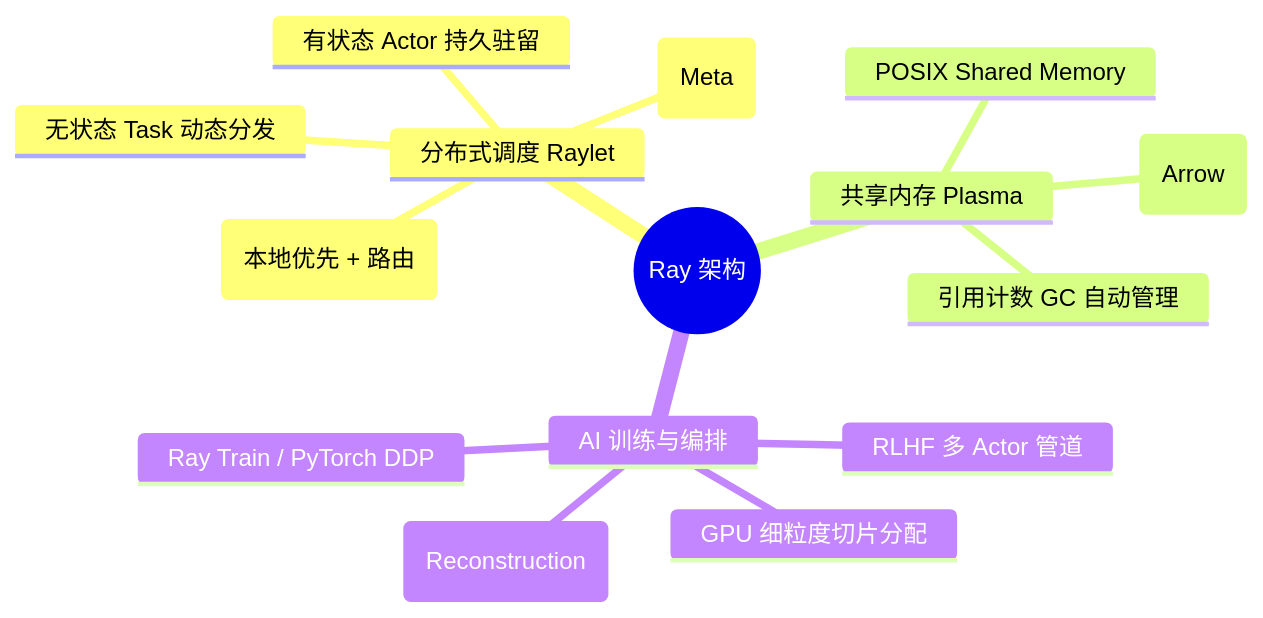
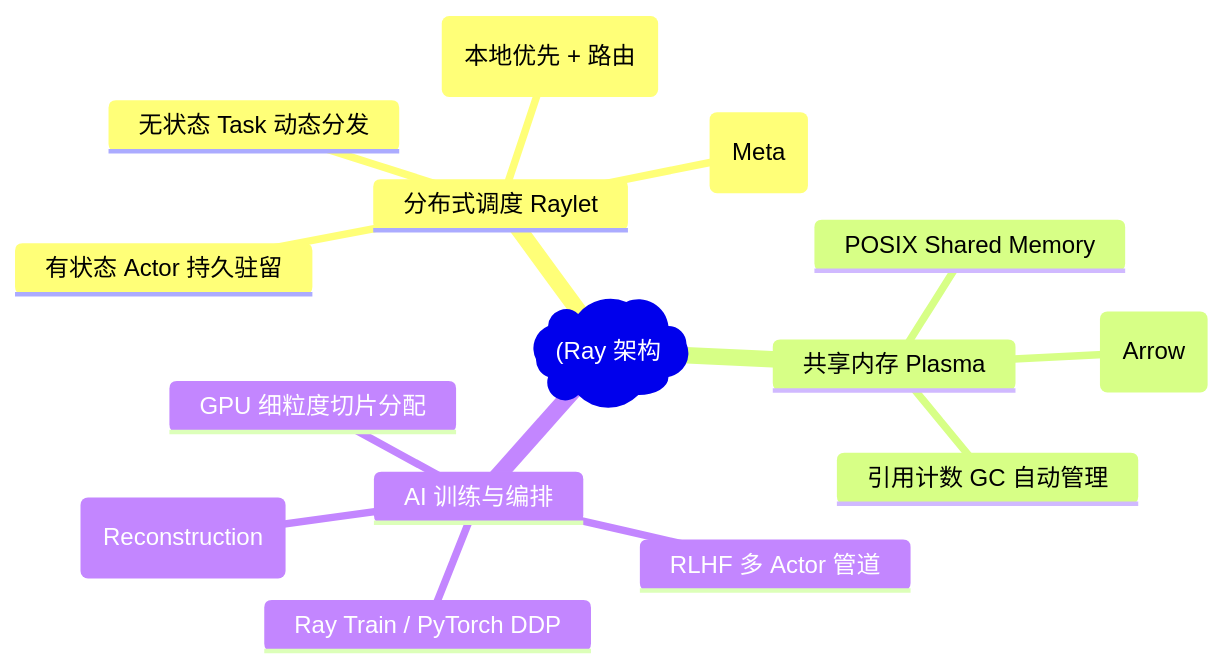
One commit to koosai/AI-Architect-Learning changed the first of 6 diagrams in docs/atlas/ray.mdx. Above: the diagram before and after it, drawn with Mermaid. The commit also changed 187 other files, not shown here.

Commit message:
fix(mermaid): fix all unquoted parens and edge label syntax errors across all docs

````diff
--- a/docs/atlas/ray.mdx
+++ b/docs/atlas/ray.mdx
@@ -66,18 +66,18 @@
 ```mermaid
 mindmap
-  root((Ray 架构))
+  root("(Ray 架构"))
     分布式调度 Raylet
       无状态 Task 动态分发
       有状态 Actor 持久驻留
       双层调度 (本地优先 + 路由)
       GCS 全局目录服务 (Meta)
     共享内存 Plasma
       POSIX Shared Memory
       零拷贝反序列化 (Arrow)
       引用计数 GC 自动管理
     AI 训练与编排
       RLHF 多 Actor 管道
       Ray Train / PyTorch DDP
       GPU 细粒度切片分配
       故障自动重构 (Reconstruction)
 ```
````
